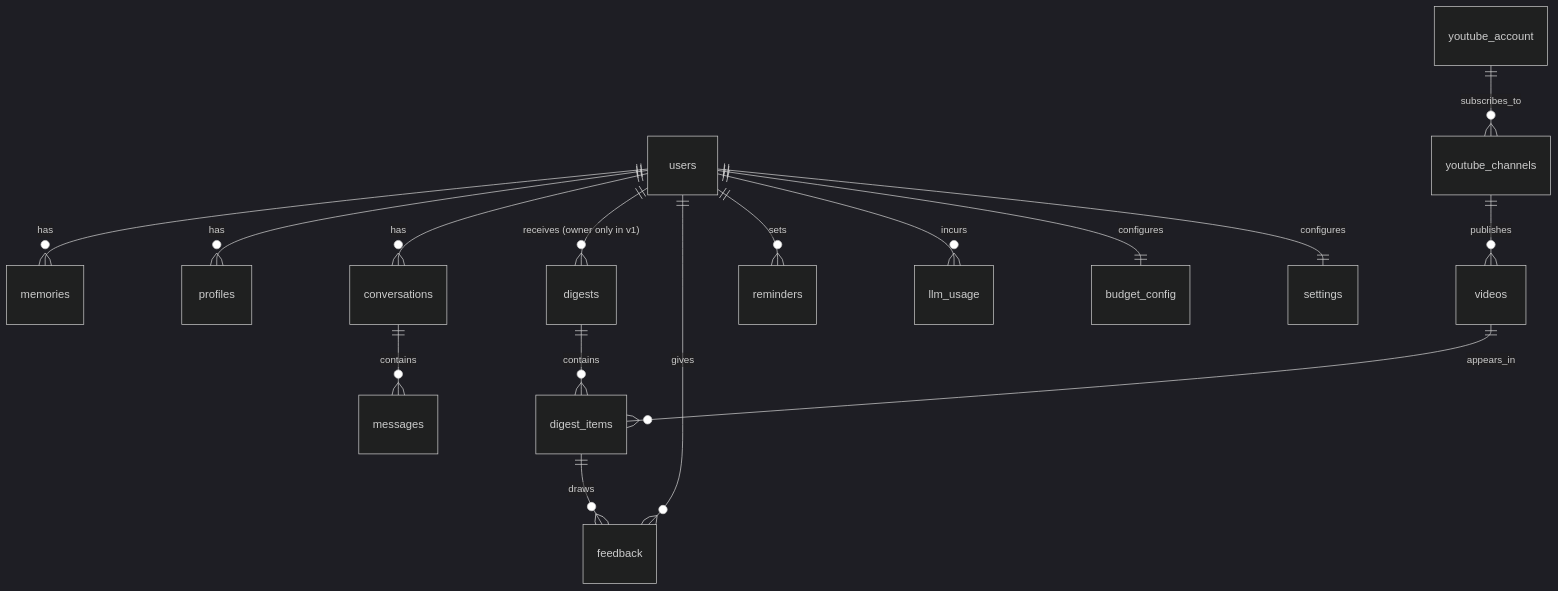
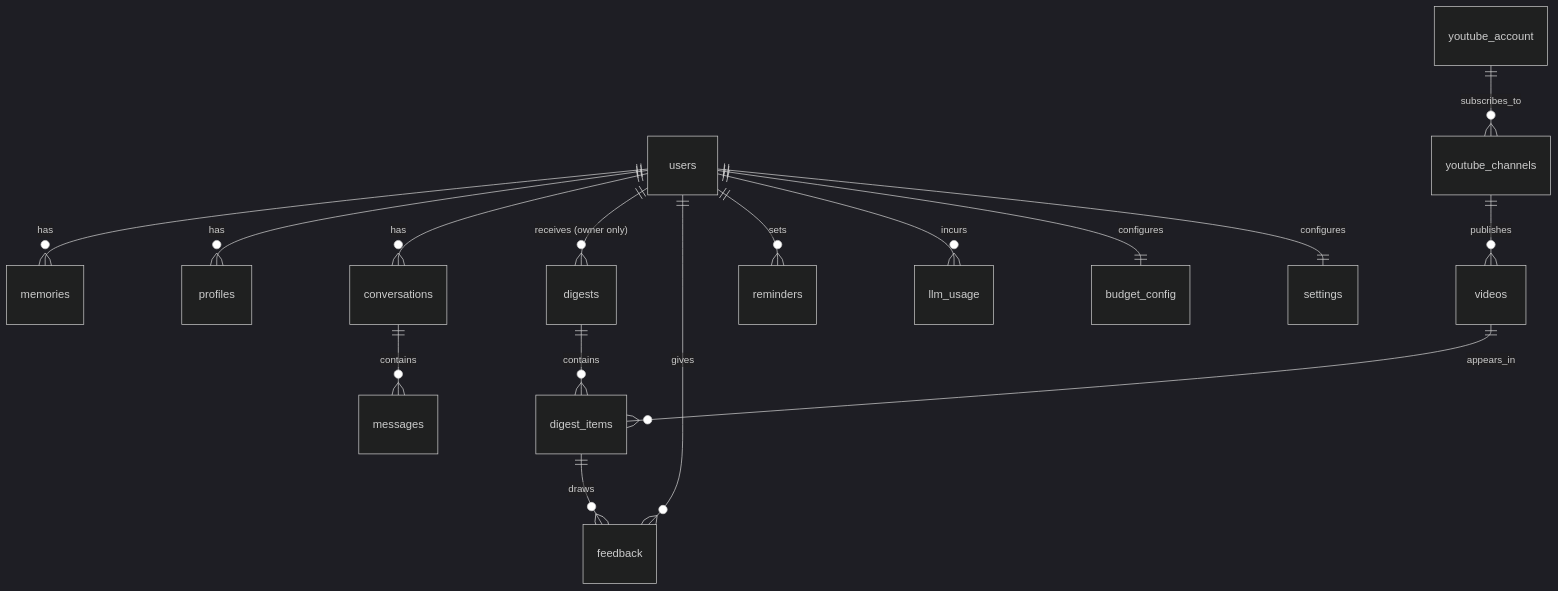
The diagram in docs/data-model.md (GagnatDev/aivo), drawn with Mermaid (dark theme) before and after one commit. The commit also changed other lines of this file and 4 other files, not shown here.

````diff
--- a/docs/data-model.md
+++ b/docs/data-model.md
@@ -34,18 +34,18 @@
 ```mermaid
 erDiagram
   users ||--o{ memories : has
   users ||--o{ profiles : has
   users ||--o{ conversations : has
   conversations ||--o{ messages : contains
-  users ||--o{ digests : "receives (owner only in v1)"
+  users ||--o{ digests : "receives (owner only)"
   digests ||--o{ digest_items : contains
   videos ||--o{ digest_items : appears_in
   youtube_account ||--o{ youtube_channels : subscribes_to
   youtube_channels ||--o{ videos : publishes
   digest_items ||--o{ feedback : draws
   users ||--o{ feedback : gives
   users ||--o{ reminders : sets
   users ||--o{ llm_usage : incurs
   users ||--|| budget_config : configures
   users ||--|| settings : configures
 ```
````
